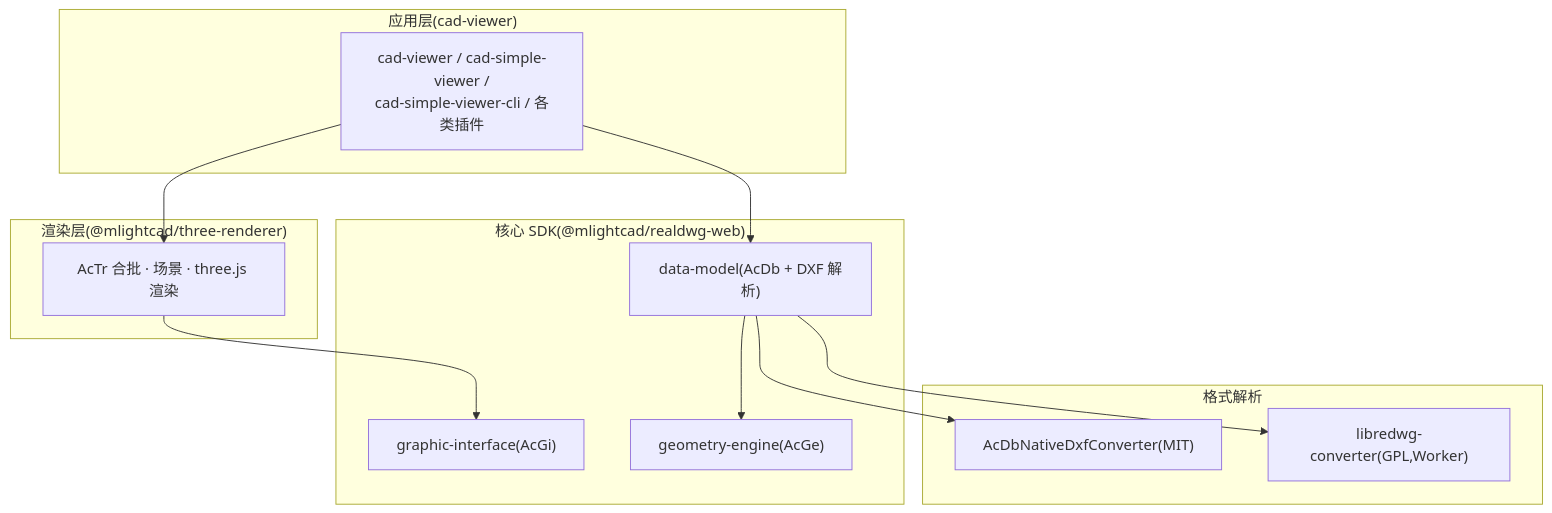
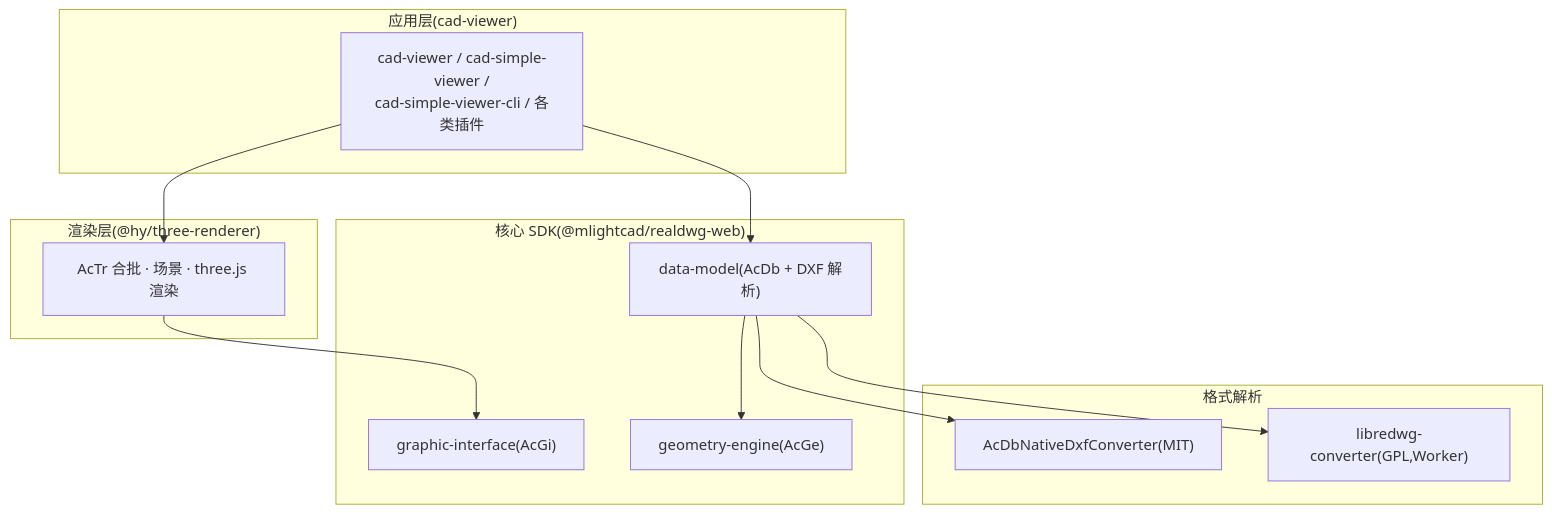
The ninth of 9 diagrams in docs/01-架构设计/架构图.md (FromSouthToNorth/web-cad), drawn with Mermaid before and after one commit. The commit also changed other lines of this file and 809 other files, not shown here.

````diff
--- a/docs/01-架构设计/架构图.md
+++ b/docs/01-架构设计/架构图.md
@@ -315,24 +315,24 @@
 ```mermaid
 flowchart TB
     subgraph L1["应用层(cad-viewer)"]
         APP["cad-viewer / cad-simple-viewer /<br/>cad-simple-viewer-cli / 各类插件"]
     end
-    subgraph L2["渲染层(@mlightcad/three-renderer)"]
+    subgraph L2["渲染层(@hy/three-renderer)"]
         REN["AcTr 合批 · 场景 · three.js 渲染"]
     end
     subgraph L3["核心 SDK(@mlightcad/realdwg-web)"]
         GI["graphic-interface(AcGi)"]
         DM["data-model(AcDb + DXF 解析)"]
         GE["geometry-engine(AcGe)"]
     end
     subgraph L4["格式解析"]
         NAT["AcDbNativeDxfConverter(MIT)"]
         DWG["libredwg-converter(GPL,Worker)"]
     end
 
     APP --> REN --> GI
     APP --> DM
     DM --> GE
     DM --> NAT
     DM --> DWG
 ```
````
